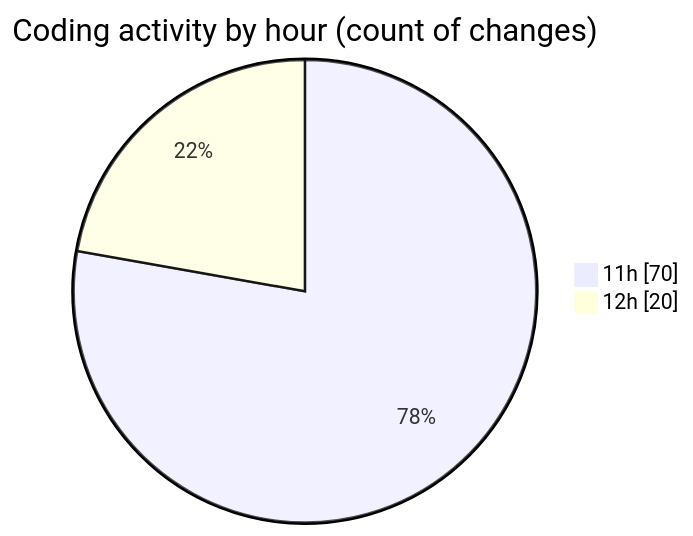
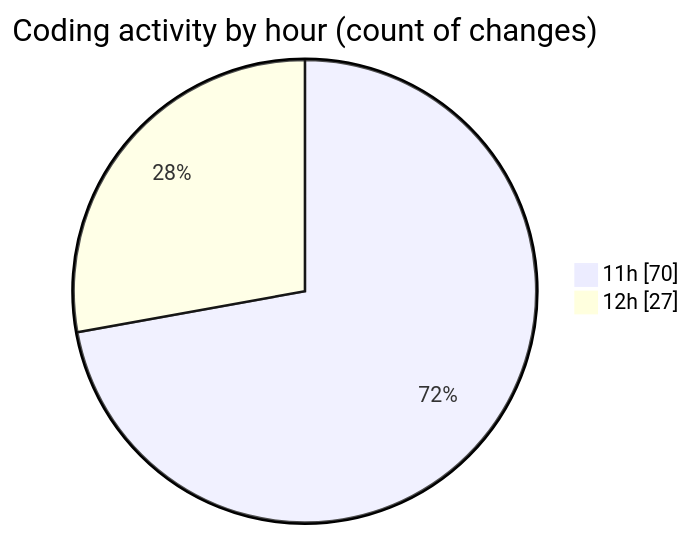
The second of 2 diagrams in 2025-12-24/nxtqube_webapp/README.md (nxtqubesakshisongat/code-tracking), drawn with Mermaid before and after one commit. The commit also changed other lines of this file and 1 other file, not shown here.

````diff
--- a/2025-12-24/nxtqube_webapp/README.md
+++ b/2025-12-24/nxtqube_webapp/README.md
@@ -28,6 +28,6 @@
 ```mermaid
 pie showData
 title Coding activity by hour (count of changes)
 "11h" : 70
-"12h" : 20
+"12h" : 27
 ```
````
